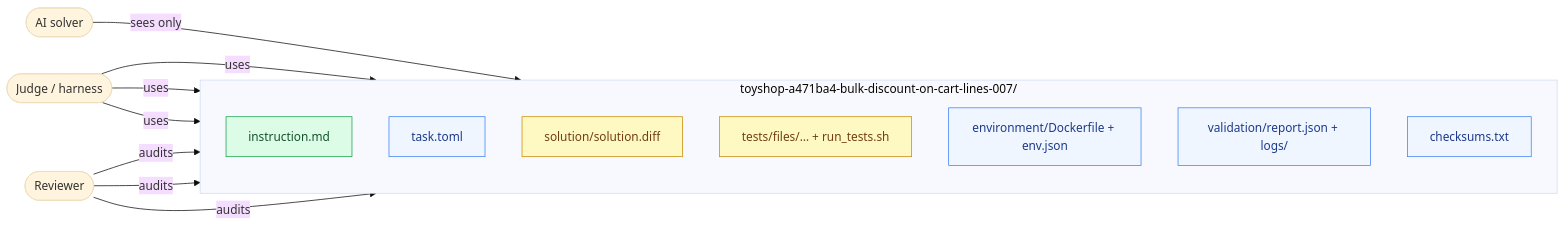
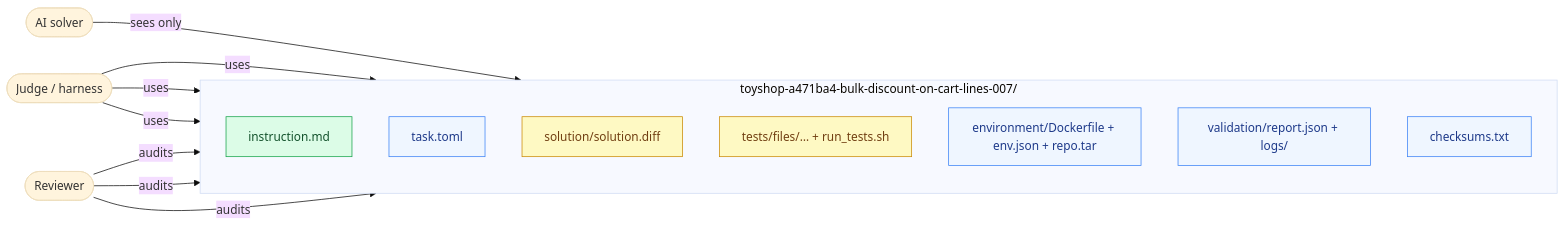
Before and after one commit to sreenivasivbieb/task-factory: the third of 6 diagrams in README.md, drawn with Mermaid (base theme). The commit also changed other lines of this file and 27 other files, not shown here.

````diff
--- a/README.md
+++ b/README.md
@@ -170,23 +181,23 @@
 ```mermaid
 flowchart LR
     subgraph PKG["toyshop-a471ba4-bulk-discount-on-cart-lines-007/"]
         direction TB
         A["instruction.md"]
         B["task.toml"]
         C["solution/solution.diff"]
         D["tests/files/… + run_tests.sh"]
-        E["environment/Dockerfile + env.json"]
+        E["environment/Dockerfile + env.json + repo.tar"]
         F["validation/report.json + logs/"]
         G["checksums.txt"]
     end
     S(["AI solver"]) -->|sees only| A
     J(["Judge / harness"]) -->|uses| C & D & E
     Rv(["Reviewer"]) -->|audits| B & F & G
 
     classDef visible fill:#dcfce7,stroke:#16a34a,color:#14532d;
     classDef hidden fill:#fef9c3,stroke:#ca8a04,color:#713f12;
     classDef meta fill:#eff6ff,stroke:#3b82f6,color:#1e3a8a;
     class A visible;
     class C,D hidden;
     class B,E,F,G meta;
 ```
````
